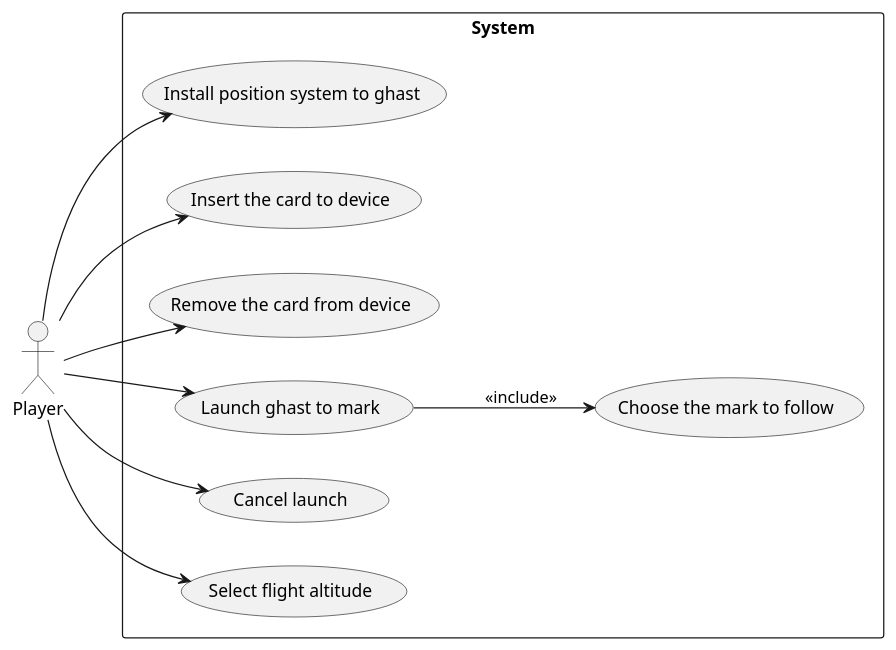
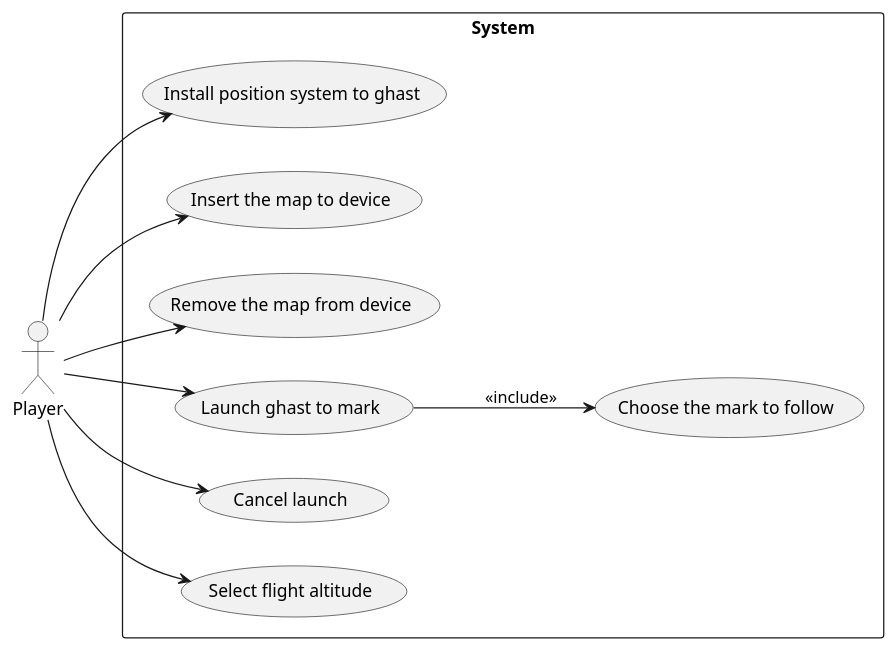
Before and after one commit to lordisfet/GhastPS: the diagram in diagram/Use Case Diagram.puml, drawn with PlantUML. The commit also changed 1 other file, not shown here.

Commit message:
Edit Activity Diagram and Use Case Diagram

```diff
--- a/diagram/Use Case Diagram.puml
+++ b/diagram/Use Case Diagram.puml
@@ -1,25 +1,25 @@
 @startuml
 left to right direction
 
 actor Player as player
 
 rectangle System {
   usecase "Install position system to ghast" as install
-  usecase "Insert the card to device" as mapInsert
-  usecase "Remove the card from device" as mapRemove
+  usecase "Insert the map to device" as mapInsert
+  usecase "Remove the map from device" as mapRemove
   usecase "Choose the mark to follow" as markSelect
   usecase "Launch ghast to mark" as launch
   usecase "Cancel launch" as cancel
   usecase "Select flight altitude" as altitudeSelect
 }
 
 player --> install
 player --> mapInsert
 player --> mapRemove
 player --> altitudeSelect
 player --> launch
 player --> cancel
 
 launch --> markSelect : <<include>>
 
 @enduml
```
